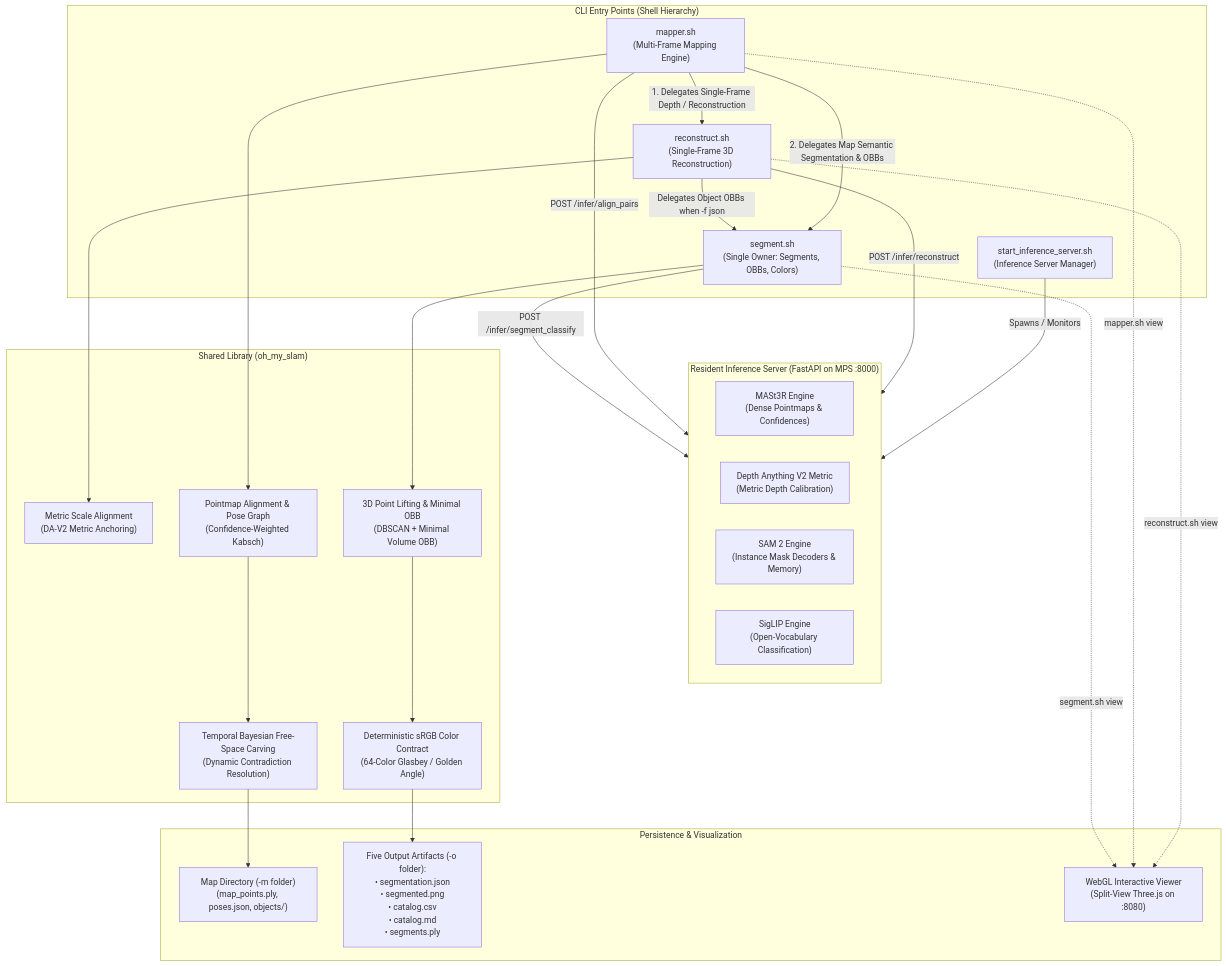
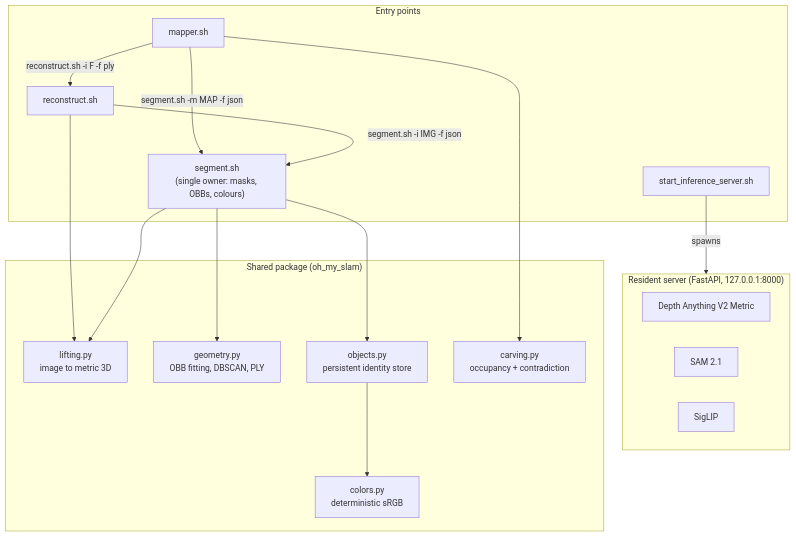
Before and after one commit to samirma/oh-my-slam: the diagram in plan-b.md, drawn with Mermaid. The commit also changed other lines of this file and 2 other files, not shown here.

````diff
--- a/plan-b.md
+++ b/plan-b.md
@@ -57,57 +75,35 @@
 ```mermaid
 flowchart TD
-    subgraph CLI ["CLI Entry Points (Shell Hierarchy)"]
-        S1["start_inference_server.sh\n(Inference Server Manager)"]
-        S2["reconstruct.sh\n(Single-Frame 3D Reconstruction)"]
-        S3["mapper.sh\n(Multi-Frame Mapping Engine)"]
-        S4["segment.sh\n(Single Owner: Segments, OBBs, Colors)"]
+    subgraph CLI ["Entry points"]
+        S1["start_inference_server.sh"]
+        S2["reconstruct.sh"]
+        S3["mapper.sh"]
+        S4["segment.sh<br/>(single owner: masks, OBBs, colours)"]
     end
 
-    subgraph Daemon ["Resident Inference Server (FastAPI on MPS :8000)"]
-        MASt3R_Engine["MASt3R Engine\n(Dense Pointmaps & Confidences)"]
-        DA_V2_Metric["Depth Anything V2 Metric\n(Metric Depth Calibration)"]
-        SAM2_Engine["SAM 2 Engine\n(Instance Mask Decoders & Memory)"]
-        SigLIP_Engine["SigLIP Engine\n(Open-Vocabulary Classification)"]
+    subgraph Daemon ["Resident server (FastAPI, 127.0.0.1:8000)"]
+        DA["Depth Anything V2 Metric"]
+        SAM["SAM 2.1"]
+        SIG["SigLIP"]
     end
 
-    subgraph Core ["Shared Library (oh_my_slam)"]
-        Scale_Align["Metric Scale Alignment\n(DA-V2 Metric Anchoring)"]
-        Global_Align["Pointmap Alignment & Pose Graph\n(Confidence-Weighted Kabsch)"]
-        Carve_Engine["Temporal Bayesian Free-Space Carving\n(Dynamic Contradiction Resolution)"]
-        Lifting_OBB["3D Point Lifting & Minimal OBB\n(DBSCAN + Minimal Volume OBB)"]
-        Color_Contract["Deterministic sRGB Color Contract\n(64-Color Glasbey / Golden Angle)"]
+    subgraph Core ["Shared package (oh_my_slam)"]
+        LIFT["lifting.py<br/>image to metric 3D"]
+        GEO["geometry.py<br/>OBB fitting, DBSCAN, PLY"]
+        OBJ["objects.py<br/>persistent identity store"]
+        CARVE["carving.py<br/>occupancy + contradiction"]
+        COL["colors.py<br/>deterministic sRGB"]
     end
 
-    subgraph Outputs ["Persistence & Visualization"]
-        Map_Dir["Map Directory (-m folder)\n(map_points.ply, poses.json, objects/)"]
-        Artefacts["Five Output Artifacts (-o folder):\n• segmentation.json\n• segmented.png\n• catalog.csv\n• catalog.md\n• segments.ply"]
-        Viewer["WebGL Interactive Viewer\n(Split-View Three.js on :8080)"]
-    end
+    S1 -->|spawns| Daemon
+    S3 -->|"reconstruct.sh -i F -f ply"| S2
+    S3 -->|"segment.sh -m MAP -f json"| S4
+    S2 -->|"segment.sh -i IMG -f json"| S4
 
-    %% Daemon Spawning
-    S1 -->|Spawns / Monitors| Daemon
-
-    %% Delegation Flow
-    S3 -->|"1. Delegates Single-Frame Depth / Reconstruction"| S2
-    S3 -->|"2. Delegates Map Semantic Segmentation & OBBs"| S4
-    S2 -->|"Delegates Object OBBs when -f json"| S4
-
-    %% Inference API Calls
-    S2 -->|POST /infer/reconstruct| Daemon
-    S3 -->|POST /infer/align_pairs| Daemon
-    S4 -->|POST /infer/segment_classify| Daemon
-
-    %% Pipeline Processing
-    S2 --> Scale_Align
-    S3 --> Global_Align
-    Global_Align --> Carve_Engine
-    Carve_Engine --> Map_Dir
-    S4 --> Lifting_OBB
-    Lifting_OBB --> Color_Contract
-    Color_Contract --> Artefacts
-
-    %% Viewer Commands
-    S2 -.->|reconstruct.sh view| Viewer
-    S3 -.->|mapper.sh view| Viewer
-    S4 -.->|segment.sh view| Viewer
+    S2 --> LIFT
+    S4 --> LIFT
+    S4 --> GEO
+    S4 --> OBJ
+    S3 --> CARVE
+    OBJ --> COL
 ```
````
